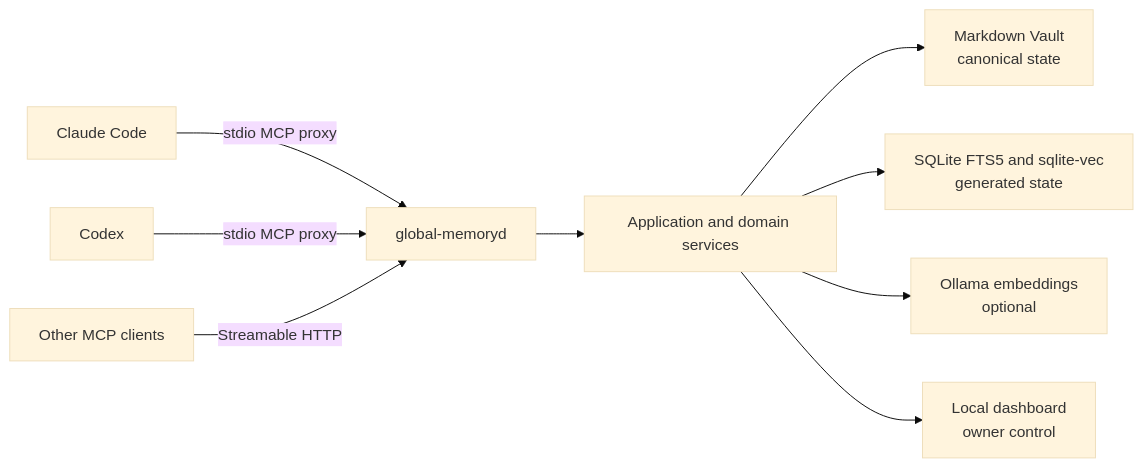
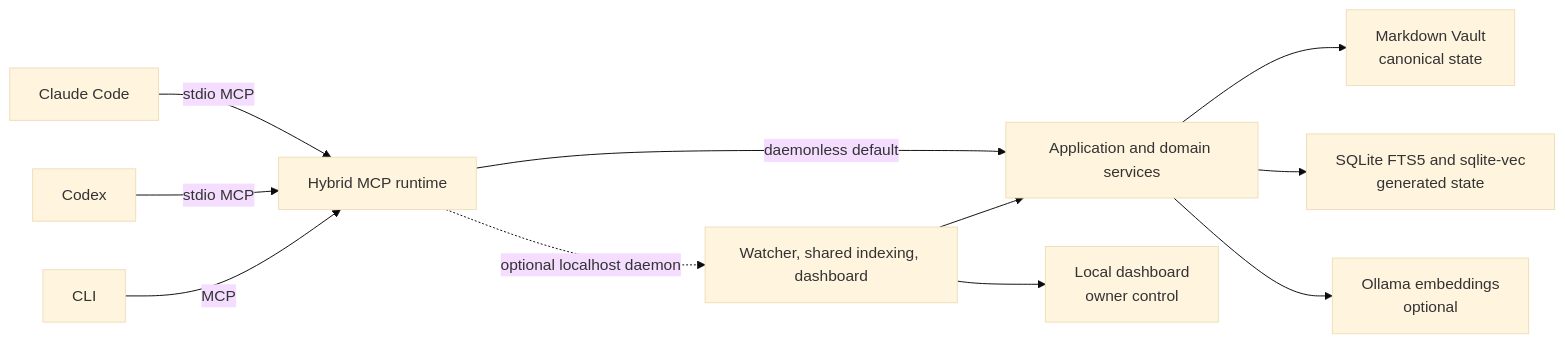
The diagram in README.md (ozankasikci/global-agent-memory), drawn with Mermaid (base theme) before and after one commit. The commit also changed other lines of this file and 6 other files, not shown here.

Commit message:
Document the hybrid local runtime

````diff
--- a/README.md
+++ b/README.md
@@ -298,12 +309,14 @@
 ```mermaid
 flowchart LR
-    A[Claude Code] -->|stdio MCP proxy| D[global-memoryd]
-    B[Codex] -->|stdio MCP proxy| D
-    C[Other MCP clients] -->|Streamable HTTP| D
+    A[Claude Code] -->|stdio MCP| H[Hybrid MCP runtime]
+    B[Codex] -->|stdio MCP| H
+    C[CLI] -->|MCP| H
 
-    D --> E[Application and domain services]
+    H -->|daemonless default| E[Application and domain services]
+    H -.->|optional localhost daemon| D[Watcher, shared indexing, dashboard]
+    D --> E
     E --> V[Markdown Vault<br/>canonical state]
     E --> I[SQLite FTS5 and sqlite-vec<br/>generated state]
     E --> O[Ollama embeddings<br/>optional]
-    E --> W[Local dashboard<br/>owner control]
+    D --> W[Local dashboard<br/>owner control]
 ```
````
